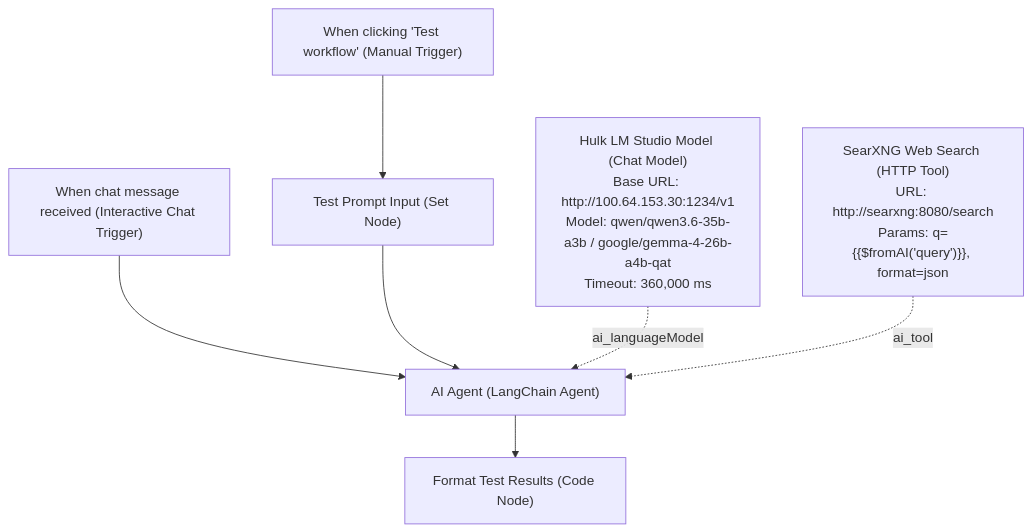
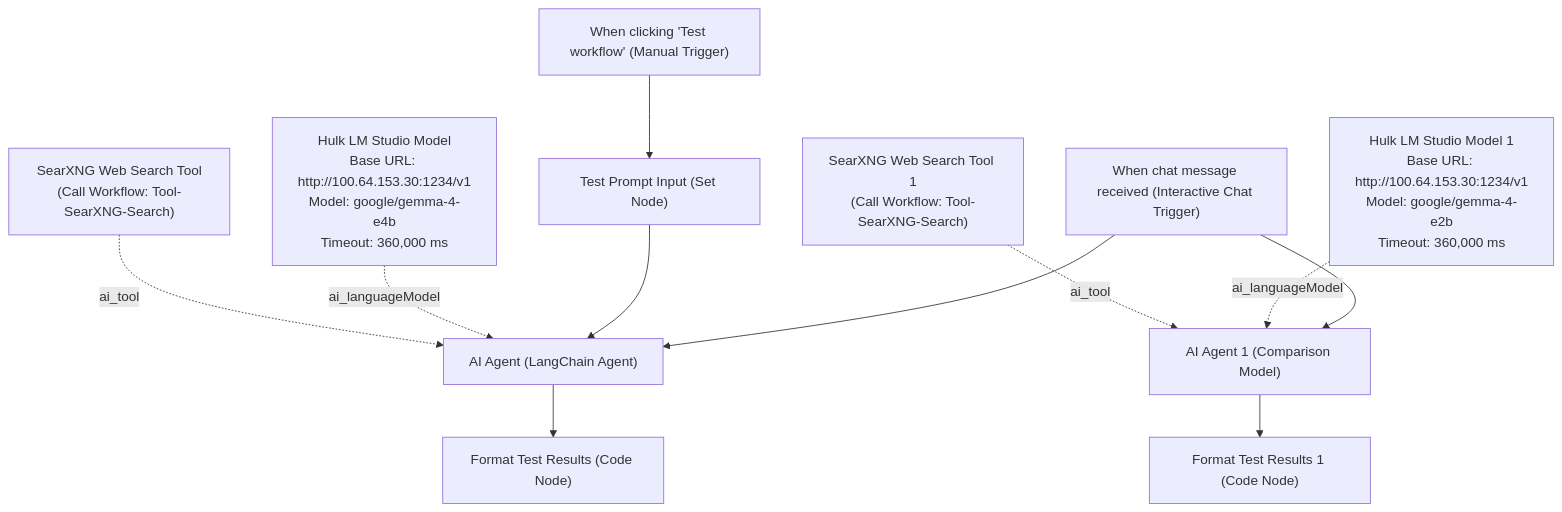
The diagram in workflows/ai-testing/README.md (victor-jaimes-puente/Local-N8n), drawn with Mermaid before and after one commit. The commit also changed other lines of this file and 6 other files, not shown here.

First line of the commit message:
Add reusable SearXNG tool workflow

````diff
--- a/workflows/ai-testing/README.md
+++ b/workflows/ai-testing/README.md
@@ -23,12 +23,17 @@
 ```mermaid
 graph TD
     ChatTrigger["When chat message received (Interactive Chat Trigger)"] --> AgentNode["AI Agent (LangChain Agent)"]
+    ChatTrigger --> AgentNode1["AI Agent 1 (Comparison Model)"]
+    
     ManualTrigger["When clicking 'Test workflow' (Manual Trigger)"] --> InputNode["Test Prompt Input (Set Node)"]
     InputNode --> AgentNode
     
-    LocalModel["Hulk LM Studio Model (Chat Model)<br/>Base URL: http://100.64.153.30:1234/v1<br/>Model: qwen/qwen3.6-35b-a3b / google/gemma-4-26b-a4b-qat<br/>Timeout: 360,000 ms"] -.->|ai_languageModel| AgentNode
+    LocalModel["Hulk LM Studio Model<br/>Base URL: http://100.64.153.30:1234/v1<br/>Model: google/gemma-4-e4b<br/>Timeout: 360,000 ms"] -.->|ai_languageModel| AgentNode
+    LocalModel1["Hulk LM Studio Model 1<br/>Base URL: http://100.64.153.30:1234/v1<br/>Model: google/gemma-4-e2b<br/>Timeout: 360,000 ms"] -.->|ai_languageModel| AgentNode1
     
-    SearXNGTool["SearXNG Web Search (HTTP Tool)<br/>URL: http://searxng:8080/search<br/>Params: q={{$fromAI('query')}}, format=json"] -.->|ai_tool| AgentNode
+    SearXNGTool["SearXNG Web Search Tool<br/>(Call Workflow: Tool-SearXNG-Search)"] -.->|ai_tool| AgentNode
+    SearXNGTool1["SearXNG Web Search Tool 1<br/>(Call Workflow: Tool-SearXNG-Search)"] -.->|ai_tool| AgentNode1
     
     AgentNode --> FormatNode["Format Test Results (Code Node)"]
+    AgentNode1 --> FormatNode1["Format Test Results 1 (Code Node)"]
 ```
````
